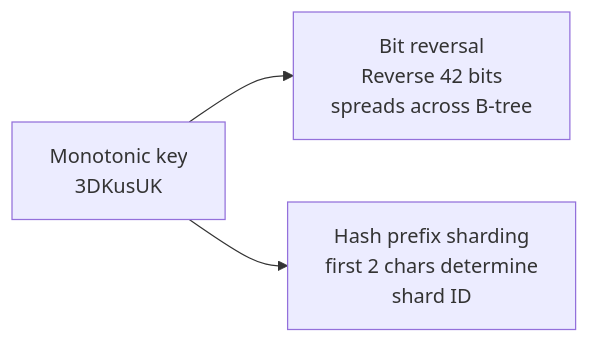
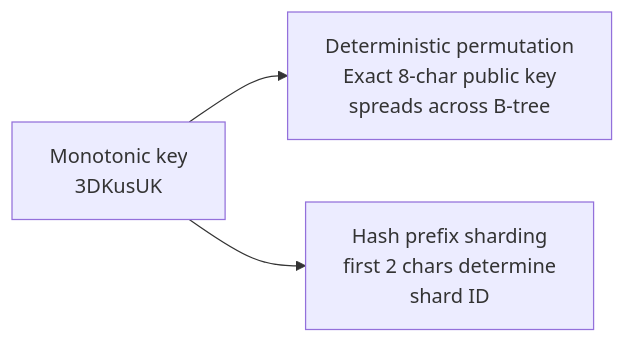
The seventh of 23 diagrams in docs/url-shortener-system-design-1.md (hemantkgupta/url-shortener), drawn with Mermaid before and after one commit. The commit also changed other lines of this file and 93 other files, not shown here.

````diff
--- a/docs/url-shortener-system-design-1.md
+++ b/docs/url-shortener-system-design-1.md
@@ -376,8 +378,8 @@
 ```mermaid
 flowchart LR
     A["Monotonic key<br/>3DKusUK"]
-    B["Bit reversal<br/>Reverse 42 bits<br/>spreads across B-tree"]
+    B["Deterministic permutation<br/>Exact 8-char public key<br/>spreads across B-tree"]
     C["Hash prefix sharding<br/>first 2 chars determine<br/>shard ID"]
     A --> B
     A --> C
 ```
````
